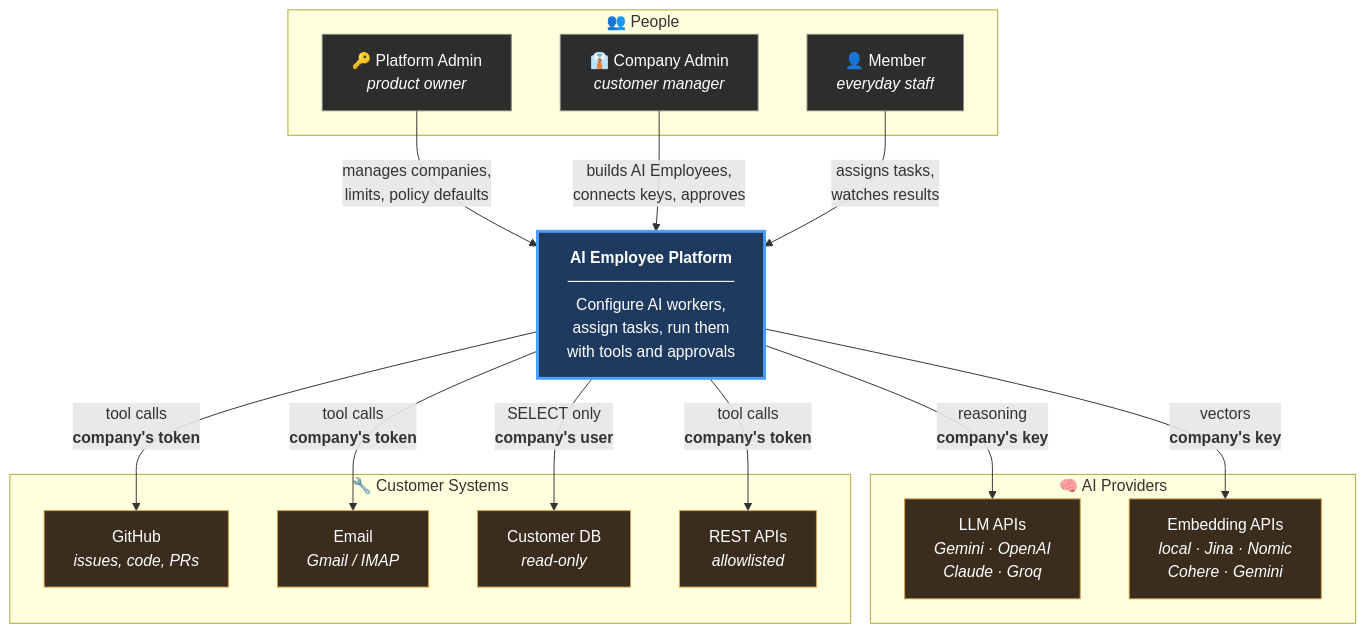
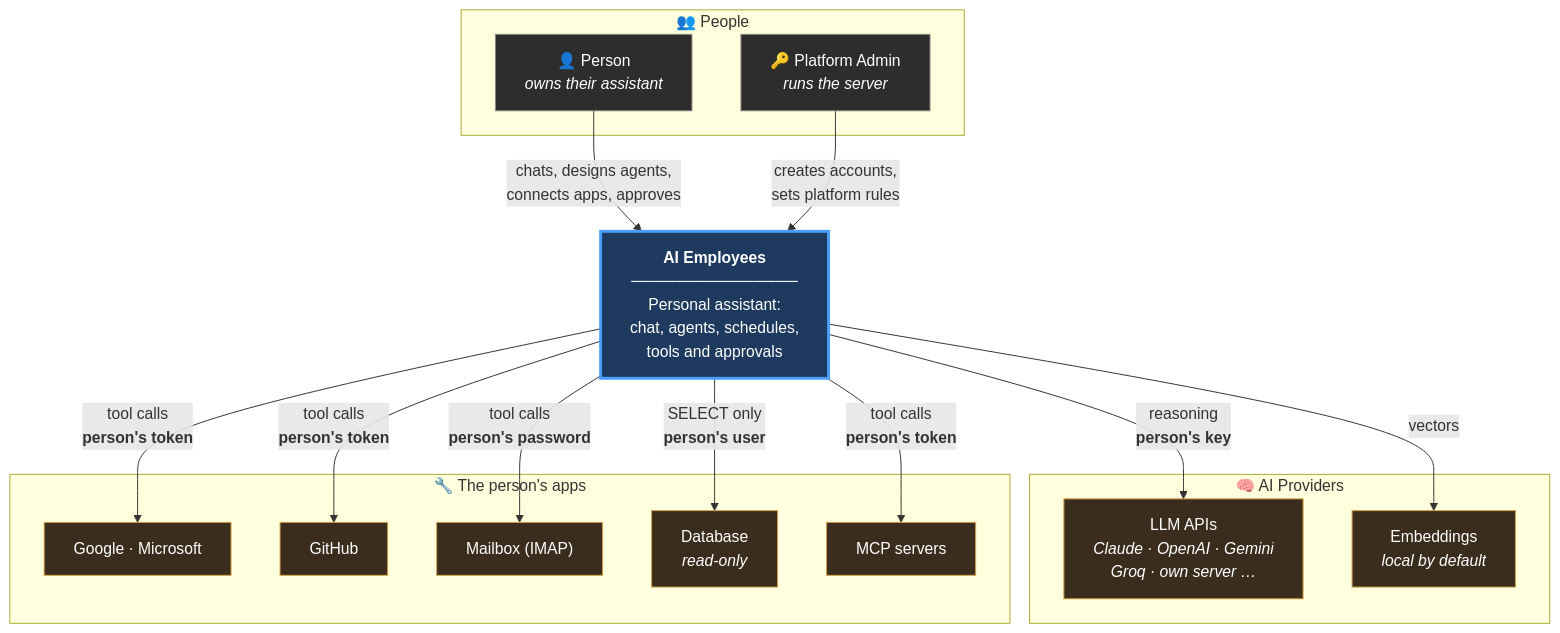
Before and after one commit to dharaneechinnu/ai-employee-platform: the first of 12 diagrams in docs/HLD.md, drawn with Mermaid. The commit also changed other lines of this file and 7 other files, not shown here.

First line of the commit message:
docs: describe the product as a personal assistant

````diff
--- a/docs/HLD.md
+++ b/docs/HLD.md
@@ -81,40 +71,40 @@
 ```mermaid
 graph TB
     subgraph people["👥 People"]
-        PA["🔑 Platform Admin<br/><i>product owner</i>"]
-        CA["👔 Company Admin<br/><i>customer manager</i>"]
-        M["👤 Member<br/><i>everyday staff</i>"]
+        P["👤 Person<br/><i>owns their assistant</i>"]
+        PA["🔑 Platform Admin<br/><i>runs the server</i>"]
     end
 
-    SYS["<b>AI Employee Platform</b><br/>───────────────<br/>Configure AI workers,<br/>assign tasks, run them<br/>with tools and approvals"]
+    SYS["<b>AI Employees</b><br/>───────────────<br/>Personal assistant:<br/>chat, agents, schedules,<br/>tools and approvals"]
 
     subgraph ai["🧠 AI Providers"]
-        LLM["LLM APIs<br/><i>Gemini · OpenAI<br/>Claude · Groq</i>"]
-        EMB["Embedding APIs<br/><i>local · Jina · Nomic<br/>Cohere · Gemini</i>"]
+        LLM["LLM APIs<br/><i>Claude · OpenAI · Gemini<br/>Groq · own server …</i>"]
+        EMB["Embeddings<br/><i>local by default</i>"]
     end
 
-    subgraph tools["🔧 Customer Systems"]
-        GH["GitHub<br/><i>issues, code, PRs</i>"]
-        EM["Email<br/><i>Gmail / IMAP</i>"]
-        DB["Customer DB<br/><i>read-only</i>"]
-        API["REST APIs<br/><i>allowlisted</i>"]
+    subgraph tools["🔧 The person's apps"]
+        GW["Google · Microsoft"]
+        GH["GitHub"]
+        EM["Mailbox (IMAP)"]
+        DB["Database<br/><i>read-only</i>"]
+        MCP["MCP servers"]
     end
 
-    PA -->|"manages companies,<br/>limits, policy defaults"| SYS
-    CA -->|"builds AI Employees,<br/>connects keys, approves"| SYS
-    M -->|"assigns tasks,<br/>watches results"| SYS
+    P -->|"chats, designs agents,<br/>connects apps, approves"| SYS
+    PA -->|"creates accounts,<br/>sets platform rules"| SYS
 
-    SYS -->|"reasoning<br/><b>company's key</b>"| LLM
-    SYS -->|"vectors<br/><b>company's key</b>"| EMB
-    SYS -->|"tool calls<br/><b>company's token</b>"| GH
-    SYS -->|"tool calls<br/><b>company's token</b>"| EM
-    SYS -->|"SELECT only<br/><b>company's user</b>"| DB
-    SYS -->|"tool calls<br/><b>company's token</b>"| API
+    SYS -->|"reasoning<br/><b>person's key</b>"| LLM
+    SYS -->|"vectors"| EMB
+    SYS -->|"tool calls<br/><b>person's token</b>"| GW
+    SYS -->|"tool calls<br/><b>person's token</b>"| GH
+    SYS -->|"tool calls<br/><b>person's password</b>"| EM
+    SYS -->|"SELECT only<br/><b>person's user</b>"| DB
+    SYS -->|"tool calls<br/><b>person's token</b>"| MCP
 
     classDef sysStyle fill:#1e3a5f,stroke:#4a9eff,stroke-width:3px,color:#fff
     classDef personStyle fill:#2d2d2d,stroke:#888,color:#fff
     classDef extStyle fill:#3a2d1e,stroke:#d4a04a,color:#fff
     class SYS sysStyle
-    class PA,CA,M personStyle
-    class LLM,EMB,GH,EM,DB,API extStyle
+    class P,PA personStyle
+    class LLM,EMB,GW,GH,EM,DB,MCP extStyle
 ```
````
